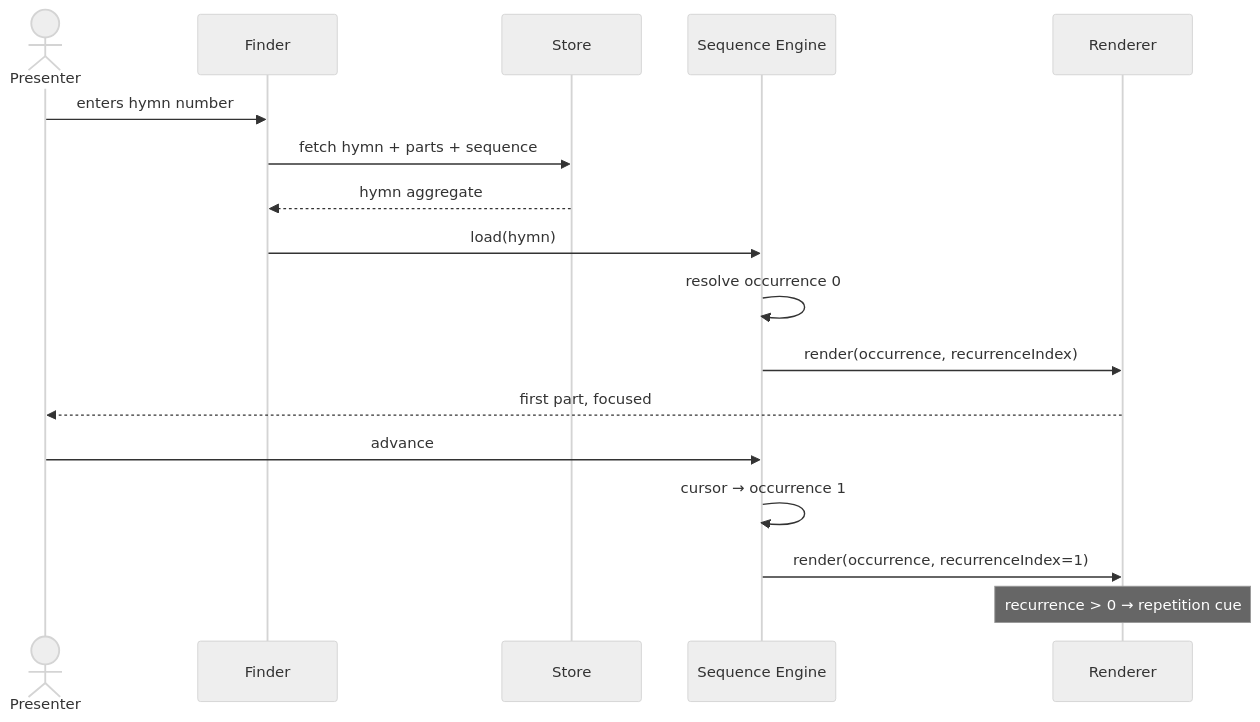
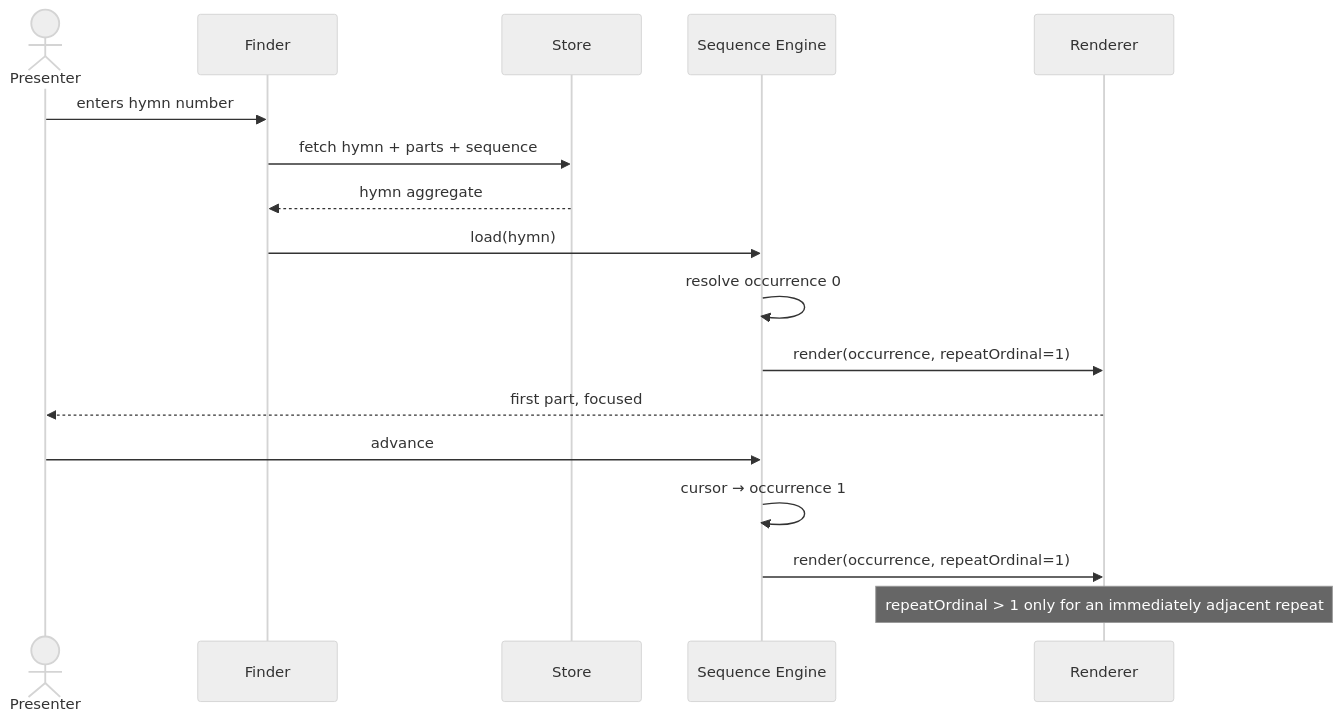
The third of 5 diagrams in docs/architecture/arc42.md (nandgator/hymnal), drawn with Mermaid (neutral theme) before and after one commit. The commit also changed other lines of this file and 4 other files, not shown here.

````diff
--- a/docs/architecture/arc42.md
+++ b/docs/architecture/arc42.md
@@ -271,20 +277,20 @@
 ```mermaid
 sequenceDiagram
     actor U as Presenter
     participant F as Finder
     participant S as Store
     participant SE as Sequence Engine
     participant R as Renderer
 
     U->>F: enters hymn number
     F->>S: fetch hymn + parts + sequence
     S-->>F: hymn aggregate
     F->>SE: load(hymn)
     SE->>SE: resolve occurrence 0
-    SE->>R: render(occurrence, recurrenceIndex)
+    SE->>R: render(occurrence, repeatOrdinal=1)
     R-->>U: first part, focused
     U->>SE: advance
     SE->>SE: cursor → occurrence 1
-    SE->>R: render(occurrence, recurrenceIndex=1)
-    Note over R: recurrence > 0 → repetition cue
+    SE->>R: render(occurrence, repeatOrdinal=1)
+    Note over R: repeatOrdinal > 1 only for an immediately adjacent repeat
 ```
````
